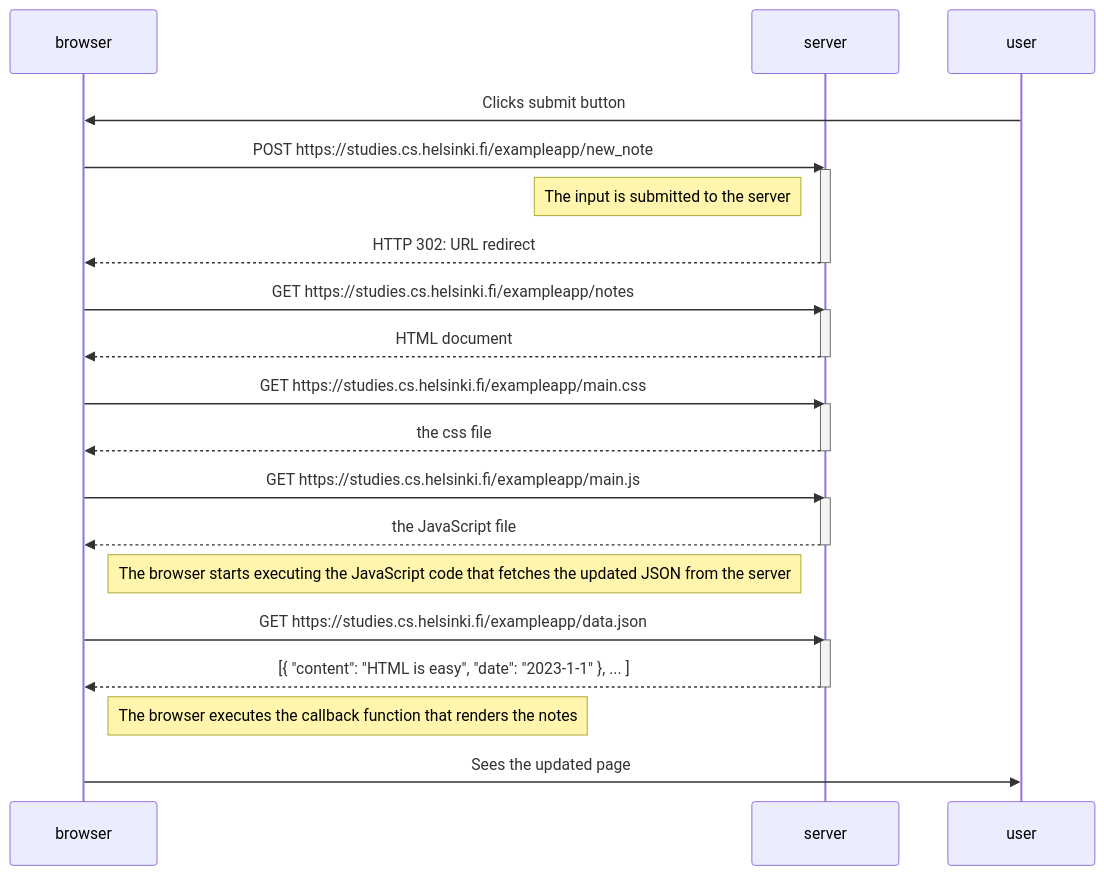
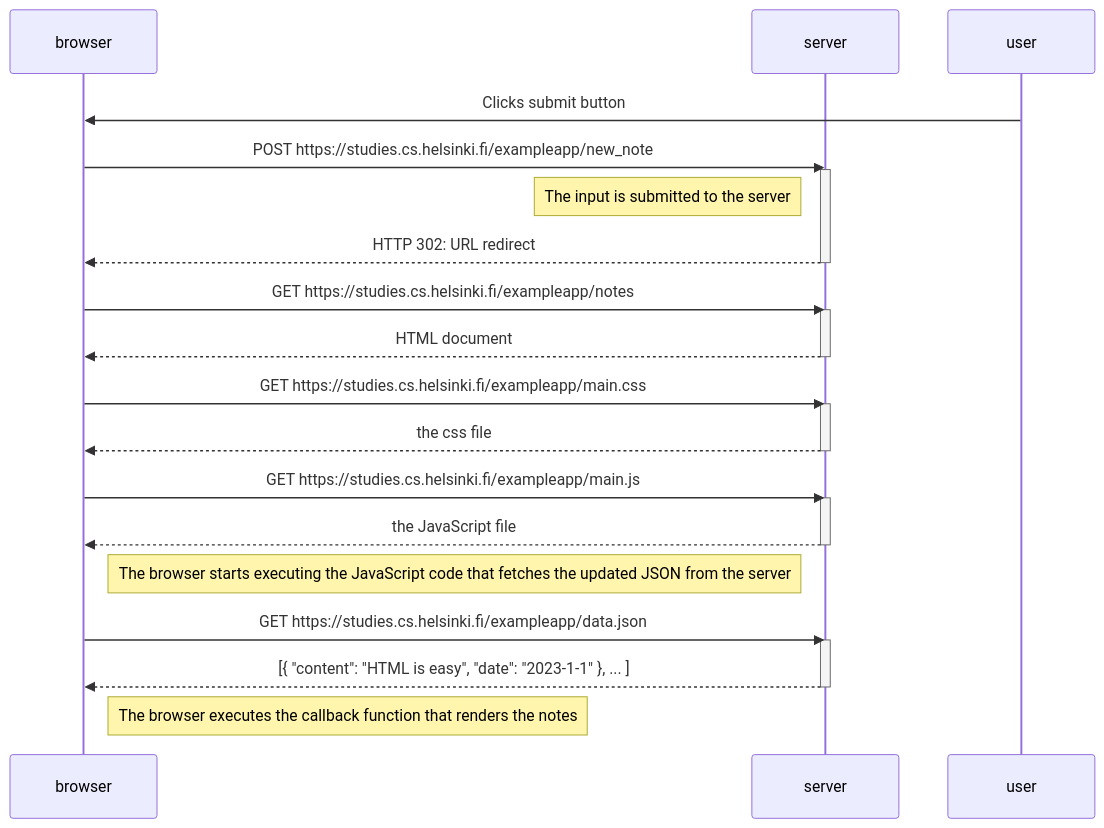
The diagram in part-0/0.4.md (Giuva-Sergi/full-stack-open), drawn with Mermaid before and after one commit.

````diff
--- a/part-0/0.4.md
+++ b/part-0/0.4.md
@@ -1,41 +1,41 @@
 ```mermaid
 sequenceDiagram
 
 participant browser
 participant server
 
     user->>browser: Clicks submit button
 
     browser->>server: POST https://studies.cs.helsinki.fi/exampleapp/new_note
     activate server
     Note left of server: The input is submitted to the server
     server-->>browser: HTTP 302: URL redirect
     deactivate server
 
 
     browser->>server: GET https://studies.cs.helsinki.fi/exampleapp/notes
     activate server
     server-->>browser: HTML document
     deactivate server
 
     browser->>server: GET https://studies.cs.helsinki.fi/exampleapp/main.css
     activate server
     server-->>browser: the css file
     deactivate server
 
     browser->>server: GET https://studies.cs.helsinki.fi/exampleapp/main.js
     activate server
     server-->>browser: the JavaScript file
     deactivate server
 
     Note right of browser: The browser starts executing the JavaScript code that fetches the updated JSON from the server
 
     browser->>server: GET https://studies.cs.helsinki.fi/exampleapp/data.json
     activate server
     server-->>browser: [{ "content": "HTML is easy", "date": "2023-1-1" }, ... ]
     deactivate server
      Note right of browser: The browser executes the callback function that renders the notes
 
-    browser->>user: Sees the updated page
+
 
 ```
````
